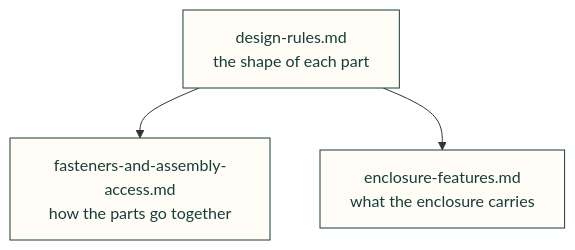
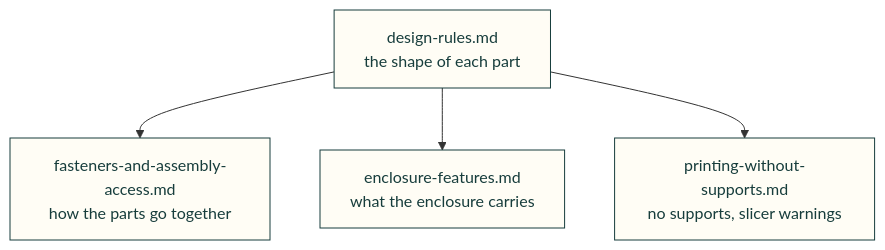
The diagram in lessons/mechanical/README.md (Valpatel/cad-agent), drawn with Mermaid before and after one commit. The commit also changed other lines of this file and 6 other files, not shown here.

First line of the commit message:
Lessons: printing without supports, reading slicer warnings, process safety (#253)

````diff
--- a/lessons/mechanical/README.md
+++ b/lessons/mechanical/README.md
@@ -5,9 +5,10 @@
 ```mermaid
 flowchart TD
     D["design-rules.md<br/>the shape of each part"] --> F["fasteners-and-assembly-access.md<br/>how the parts go together"]
     D --> E["enclosure-features.md<br/>what the enclosure carries"]
+    D --> P["printing-without-supports.md<br/>no supports, slicer warnings"]
     classDef here fill:#fffdf5,stroke:#173d3c,color:#173d3c
     classDef near fill:#eef1e4,stroke:#6f8a80,color:#173d3c
     classDef out fill:#ffe1cc,stroke:#bd3a12,color:#173d3c
-    class D,F,E here
+    class D,F,E,P here
 ```
````
